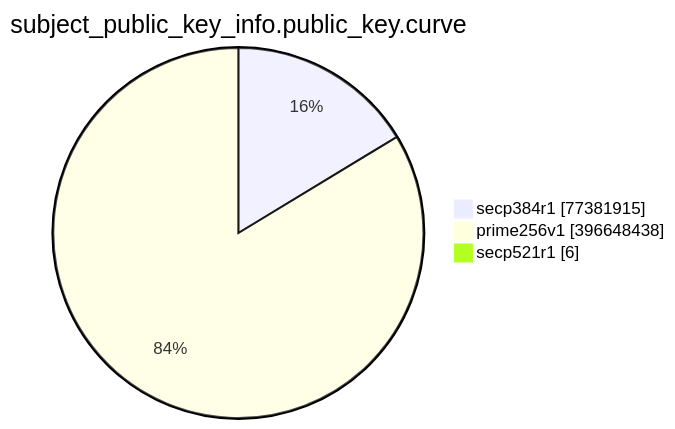
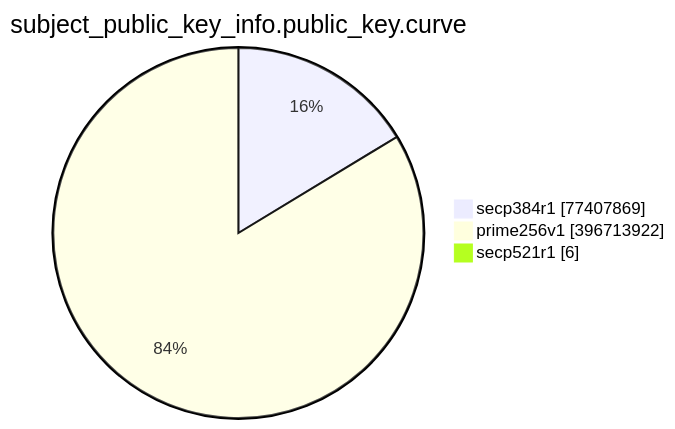
One commit to christiankrug/ctmonitor_visualization changed the eighth of 15 diagrams in TOTAL/README.md. Above: the diagram before and after it, drawn with Mermaid. The commit also changed other lines of this file, not shown here.

````diff
--- a/TOTAL/README.md
+++ b/TOTAL/README.md
@@ -3095,7 +3095,7 @@
 ```mermaid
 pie showData
 title subject_public_key_info.public_key.curve
-"secp384r1" :77381915
-"prime256v1" :396648438
+"secp384r1" :77407869
+"prime256v1" :396713922
 "secp521r1" :6
 ```
````
